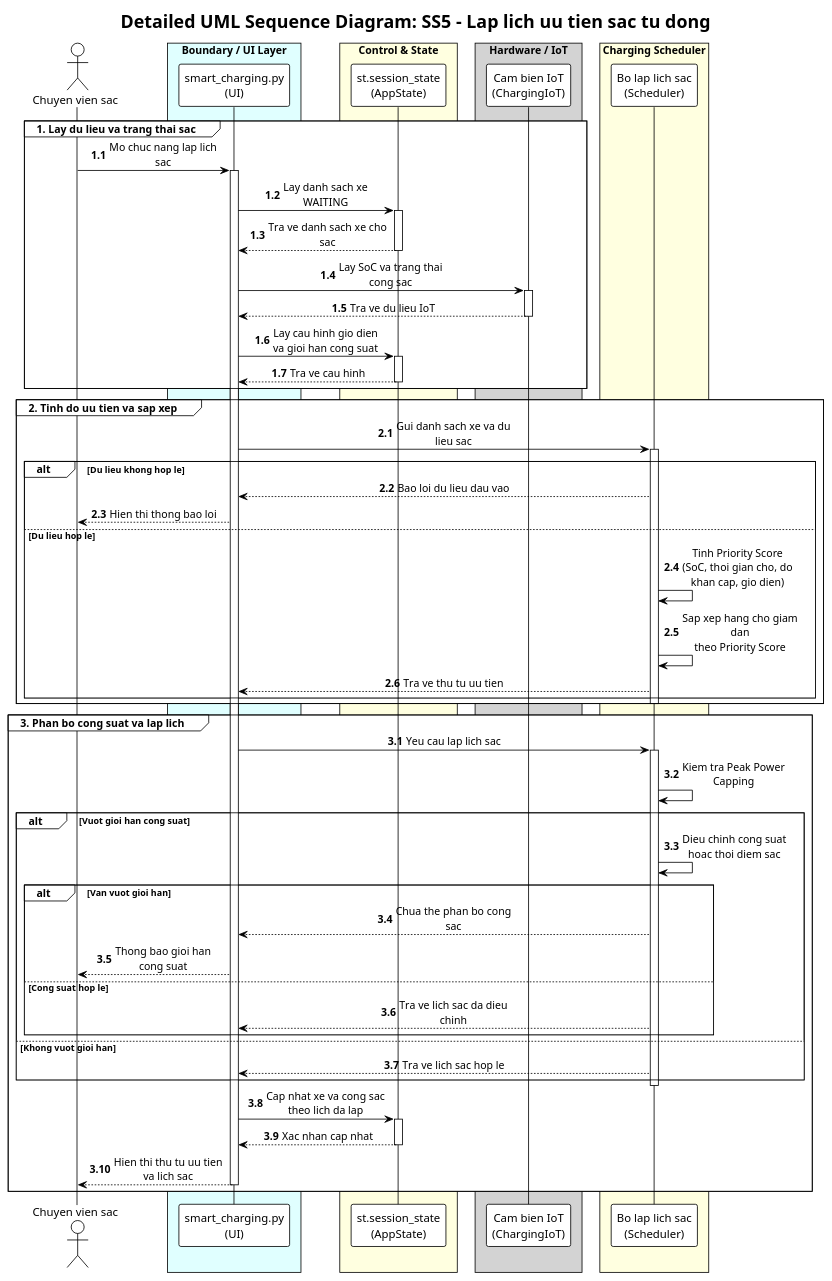
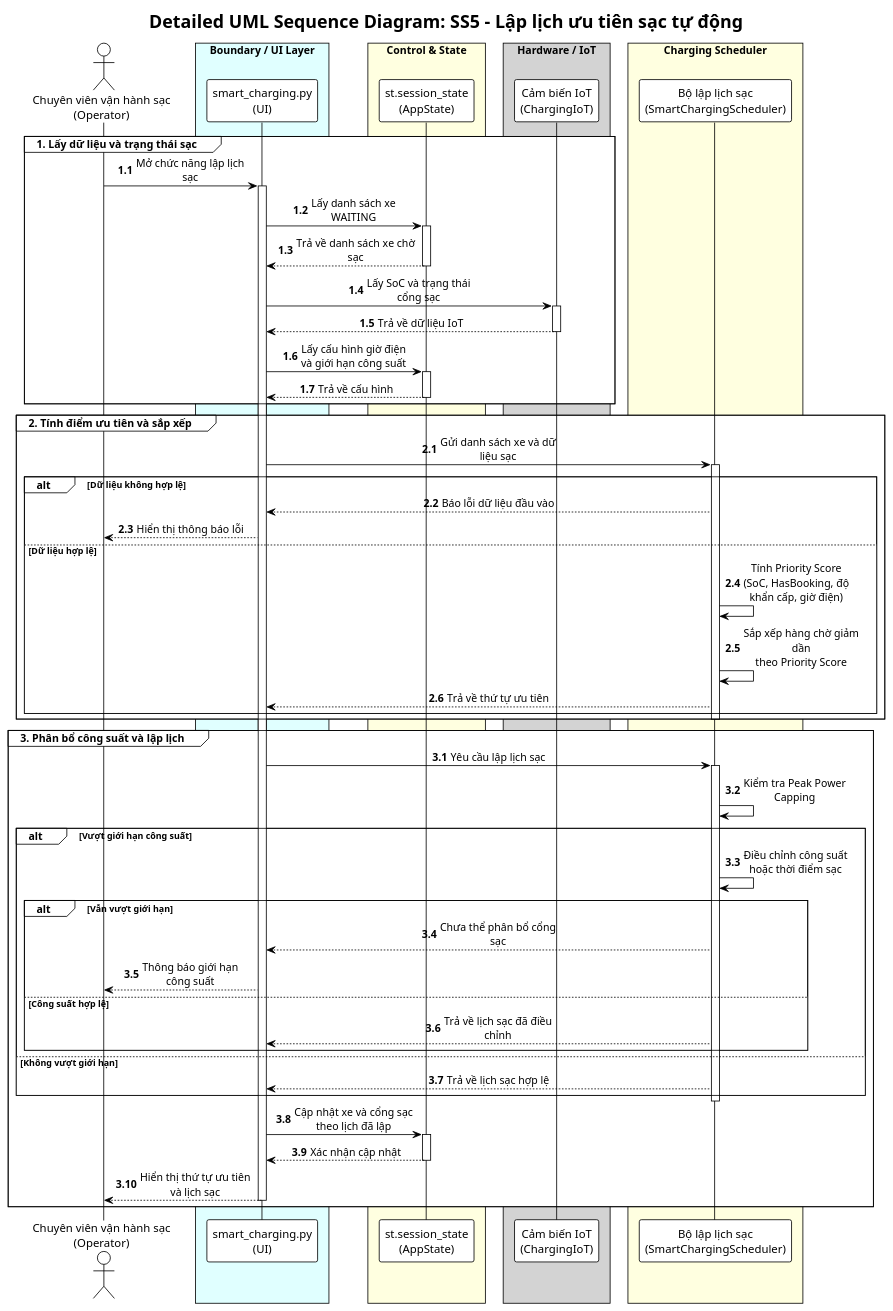
Before and after one commit to Dat-nguyen195/BTL_1_CNPM: the diagram in docs/diagrams/Use-case detail-scenario/SS5/Sequence diagrams/UC_SS5_01_DuongDangKhoa_sequence.puml, drawn with PlantUML. The commit also changed 2 other files, not shown here.

Commit message:
fix(diagrams): add Vietnamese accents to SS5 sequence and activity diagrams (Task 8)

```diff
--- a/docs/diagrams/Use-case detail-scenario/SS5/Sequence diagrams/UC_SS5_01_DuongDangKhoa_sequence.puml
+++ b/docs/diagrams/Use-case detail-scenario/SS5/Sequence diagrams/UC_SS5_01_DuongDangKhoa_sequence.puml
@@ -2,93 +2,93 @@
 @startuml UC_SS5_01_DuongDangKhoa_sequence
 !theme plain
 skinparam sequenceMessageAlign center
 skinparam maxMessageSize 150
 skinparam BoxPadding 10
 
-title "Detailed UML Sequence Diagram: SS5 - Lap lich uu tien sac tu dong"
+title "Detailed UML Sequence Diagram: SS5 - Lập lịch ưu tiên sạc tự động"
 
-actor "Chuyen vien sac" as Operator
+actor "Chuyên viên vận hành sạc\n(Operator)" as Operator
 
 box "Boundary / UI Layer" #LightCyan
 participant "smart_charging.py\n(UI)" as UI
 end box
 
 box "Control & State" #LightYellow
 participant "st.session_state\n(AppState)" as AppState
 end box
 
 box "Hardware / IoT" #LightGray
-participant "Cam bien IoT\n(ChargingIoT)" as IoT
+participant "Cảm biến IoT\n(ChargingIoT)" as IoT
 end box
 
 box "Charging Scheduler" #LightYellow
-participant "Bo lap lich sac\n(Scheduler)" as Scheduler
+participant "Bộ lập lịch sạc\n(SmartChargingScheduler)" as Scheduler
 end box
 
 autonumber 1.1
-group 1. Lay du lieu va trang thai sac
-    Operator -> UI: Mo chuc nang lap lich sac
+group 1. Lấy dữ liệu và trạng thái sạc
+    Operator -> UI: Mở chức năng lập lịch sạc
     activate UI
 
-    UI -> AppState: Lay danh sach xe WAITING
+    UI -> AppState: Lấy danh sách xe WAITING
     activate AppState
-    AppState --> UI: Tra ve danh sach xe cho sac
+    AppState --> UI: Trả về danh sách xe chờ sạc
     deactivate AppState
 
-    UI -> IoT: Lay SoC va trang thai cong sac
+    UI -> IoT: Lấy SoC và trạng thái cổng sạc
     activate IoT
-    IoT --> UI: Tra ve du lieu IoT
+    IoT --> UI: Trả về dữ liệu IoT
     deactivate IoT
 
-    UI -> AppState: Lay cau hinh gio dien\nva gioi han cong suat
+    UI -> AppState: Lấy cấu hình giờ điện\nvà giới hạn công suất
     activate AppState
-    AppState --> UI: Tra ve cau hinh
+    AppState --> UI: Trả về cấu hình
     deactivate AppState
 end
 
 autonumber 2.1
-group 2. Tinh do uu tien va sap xep
-    UI -> Scheduler: Gui danh sach xe va du lieu sac
+group 2. Tính điểm ưu tiên và sắp xếp
+    UI -> Scheduler: Gửi danh sách xe và dữ liệu sạc
     activate Scheduler
 
-    alt Du lieu khong hop le
-        Scheduler --> UI: Bao loi du lieu dau vao
-        UI --> Operator: Hien thi thong bao loi
-    else Du lieu hop le
-        Scheduler -> Scheduler: Tinh Priority Score\n(SoC, thoi gian cho, do khan cap, gio dien)
-        Scheduler -> Scheduler: Sap xep hang cho giam dan\ntheo Priority Score
-        Scheduler --> UI: Tra ve thu tu uu tien
+    alt Dữ liệu không hợp lệ
+        Scheduler --> UI: Báo lỗi dữ liệu đầu vào
+        UI --> Operator: Hiển thị thông báo lỗi
+    else Dữ liệu hợp lệ
+        Scheduler -> Scheduler: Tính Priority Score\n(SoC, HasBooking, độ khẩn cấp, giờ điện)
+        Scheduler -> Scheduler: Sắp xếp hàng chờ giảm dần\ntheo Priority Score
+        Scheduler --> UI: Trả về thứ tự ưu tiên
     end
     deactivate Scheduler
 end
 
 autonumber 3.1
-group 3. Phan bo cong suat va lap lich
-    UI -> Scheduler: Yeu cau lap lich sac
+group 3. Phân bổ công suất và lập lịch
+    UI -> Scheduler: Yêu cầu lập lịch sạc
     activate Scheduler
 
-    Scheduler -> Scheduler: Kiem tra Peak Power Capping
+    Scheduler -> Scheduler: Kiểm tra Peak Power Capping
 
-    alt Vuot gioi han cong suat
-        Scheduler -> Scheduler: Dieu chinh cong suat\nhoac thoi diem sac
-        alt Van vuot gioi han
-            Scheduler --> UI: Chua the phan bo cong sac
-            UI --> Operator: Thong bao gioi han cong suat
-        else Cong suat hop le
-            Scheduler --> UI: Tra ve lich sac da dieu chinh
+    alt Vượt giới hạn công suất
+        Scheduler -> Scheduler: Điều chỉnh công suất\nhoặc thời điểm sạc
+        alt Vẫn vượt giới hạn
+            Scheduler --> UI: Chưa thể phân bổ cổng sạc
+            UI --> Operator: Thông báo giới hạn công suất
+        else Công suất hợp lệ
+            Scheduler --> UI: Trả về lịch sạc đã điều chỉnh
         end
-    else Khong vuot gioi han
-        Scheduler --> UI: Tra ve lich sac hop le
+    else Không vượt giới hạn
+        Scheduler --> UI: Trả về lịch sạc hợp lệ
     end
     deactivate Scheduler
 
-    UI -> AppState: Cap nhat xe va cong sac\ntheo lich da lap
+    UI -> AppState: Cập nhật xe và cổng sạc\ntheo lịch đã lập
     activate AppState
-    AppState --> UI: Xac nhan cap nhat
+    AppState --> UI: Xác nhận cập nhật
     deactivate AppState
 
-    UI --> Operator: Hien thi thu tu uu tien\nva lich sac
+    UI --> Operator: Hiển thị thứ tự ưu tiên\nvà lịch sạc
     deactivate UI
 end
 
 @enduml
```
